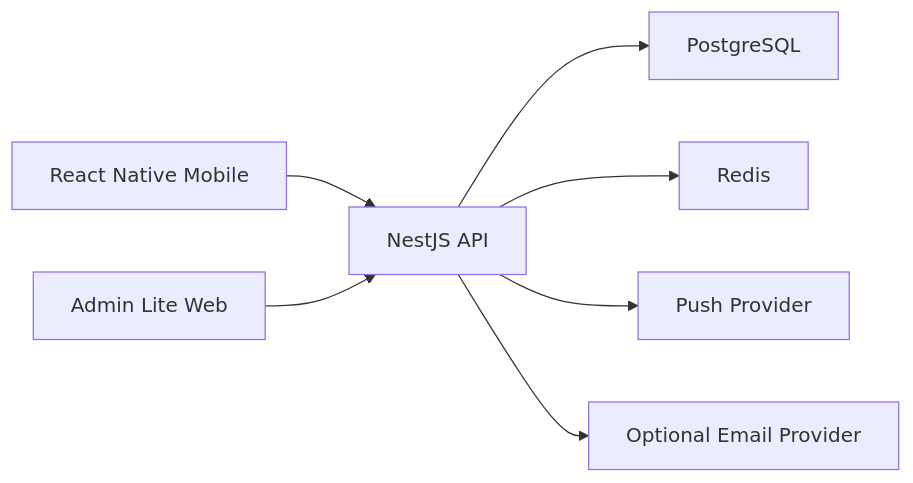
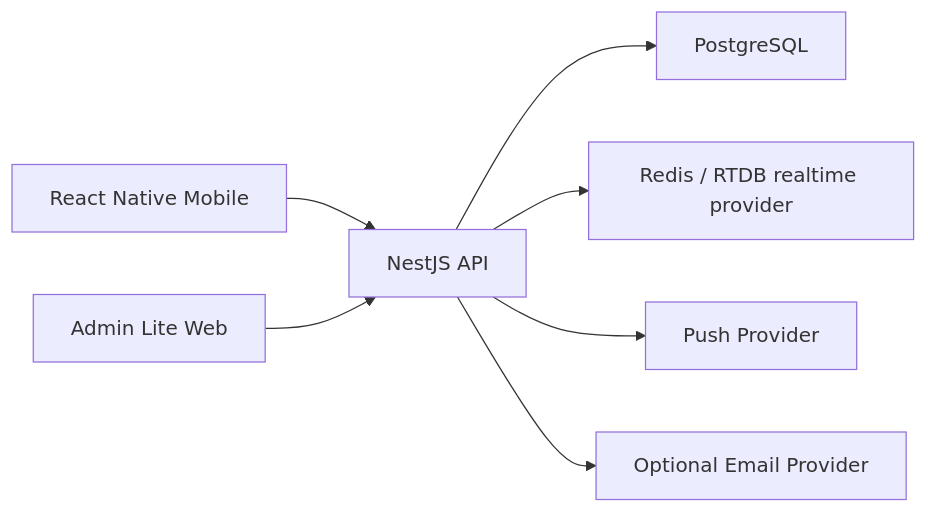
The diagram in docs/architecture/architecture-overview.md (PutintsevSergii/jp2-knights-app), drawn with Mermaid before and after one commit. The commit also changed other lines of this file and 14 other files, not shown here.

````diff
--- a/docs/architecture/architecture-overview.md
+++ b/docs/architecture/architecture-overview.md
@@ -17,9 +18,9 @@
 ```mermaid
 flowchart LR
   Mobile["React Native Mobile"] --> API["NestJS API"]
   Admin["Admin Lite Web"] --> API
   API --> PG["PostgreSQL"]
-  API --> Redis["Redis"]
+  API --> Redis["Redis / RTDB realtime provider"]
   API --> Push["Push Provider"]
   API --> Email["Optional Email Provider"]
 ```
````
